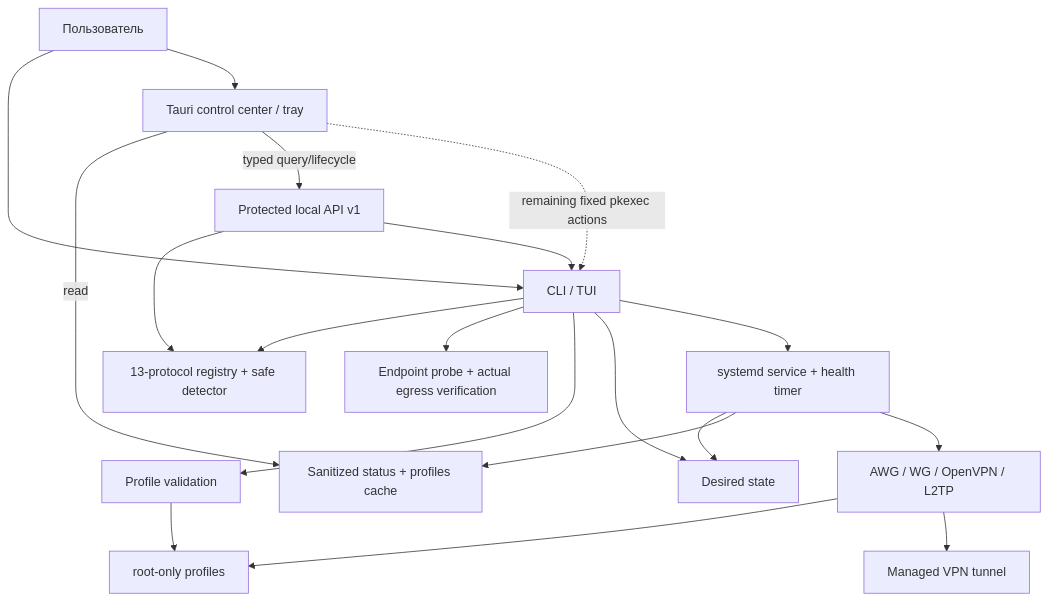
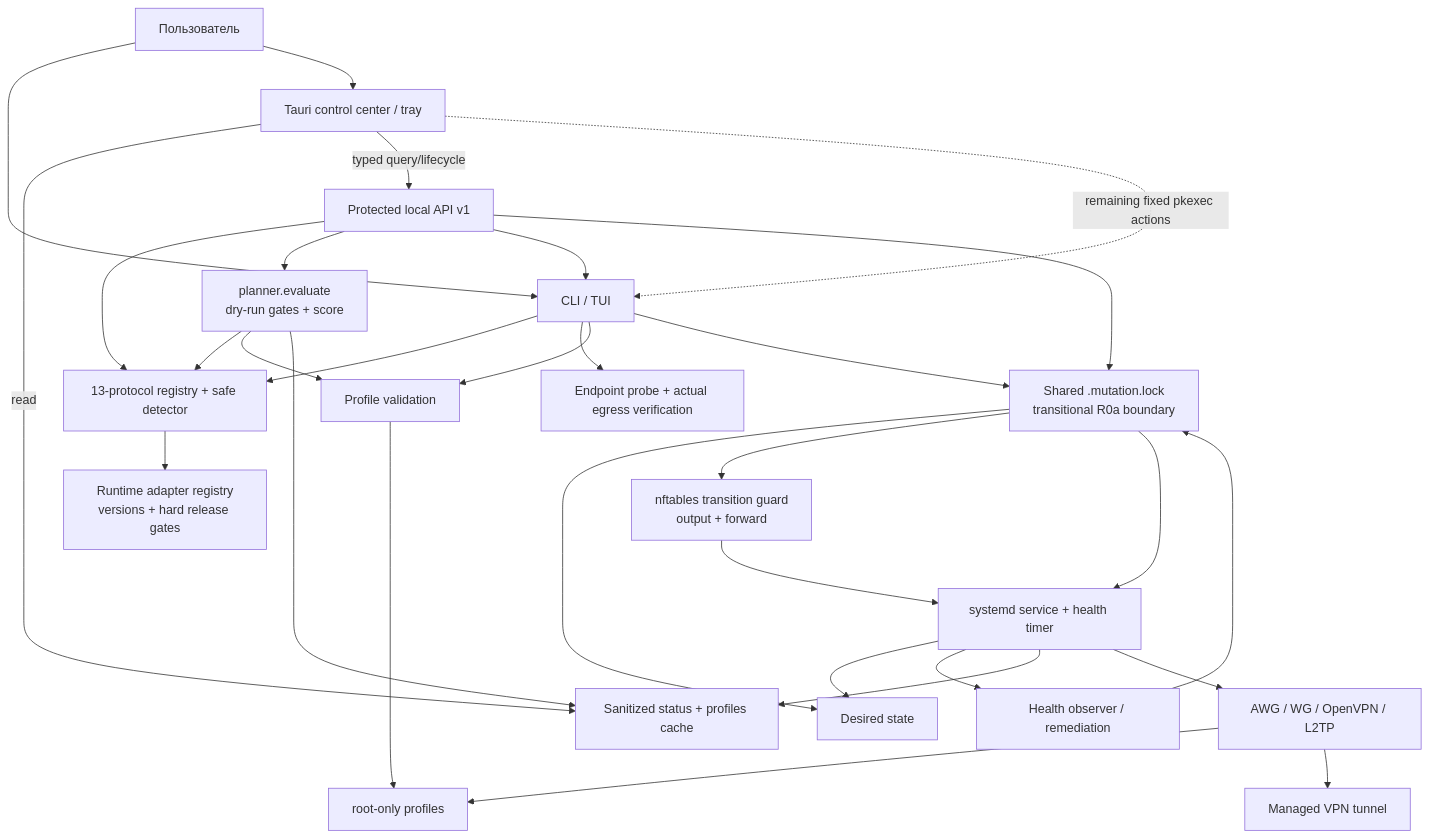
One commit to mazurovn/mazzy-vpn changed the first of 3 diagrams in wiki/Architecture.md. Above: the diagram before and after it, drawn with Mermaid. The commit also changed other lines of this file and 116 other files, not shown here.

````diff
--- a/wiki/Architecture.md
+++ b/wiki/Architecture.md
@@ -10,35 +10,51 @@
 ```mermaid
 flowchart TB
     User["Пользователь"]
     TUI["CLI / TUI"]
     Desktop["Tauri control center / tray"]
     API["Protected local API v1"]
     Registry["13-protocol registry + safe detector"]
+    RuntimeRegistry["Runtime adapter registry<br/>versions + hard release gates"]
+    Planner["planner.evaluate<br/>dry-run gates + score"]
+    Guard["nftables transition guard<br/>output + forward"]
     Cache["Sanitized status + profiles cache"]
     Verify["Endpoint probe + actual egress verification"]
     Validate["Profile validation"]
+    MutationLock["Shared .mutation.lock<br/>transitional R0a boundary"]
+    Health["Health observer / remediation"]
     State["Desired state"]
     Systemd["systemd service + health timer"]
     Engines["AWG / WG / OpenVPN / L2TP"]
     Profiles["root-only profiles"]
     Tunnel["Managed VPN tunnel"]
 
     User --> TUI
     User --> Desktop
     Desktop -->|read| Cache
     Desktop -->|typed query/lifecycle| API
     TUI --> Registry
+    Registry --> RuntimeRegistry
     API --> Registry
+    API --> Planner
+    Planner --> Registry
+    Planner --> Validate
+    Planner --> Cache
     API --> TUI
     Desktop -. remaining fixed pkexec actions .-> TUI
     TUI --> Verify
     TUI --> Validate
     Validate --> Profiles
-    TUI --> State
-    TUI --> Systemd
+    TUI --> MutationLock
+    API --> MutationLock
+    Health --> MutationLock
+    MutationLock --> State
+    MutationLock --> Guard
+    Guard --> Systemd
+    MutationLock --> Systemd
     Systemd --> State
+    Systemd --> Health
     Systemd --> Cache
     Systemd --> Engines
     Engines --> Profiles
     Engines --> Tunnel
 ```
````
